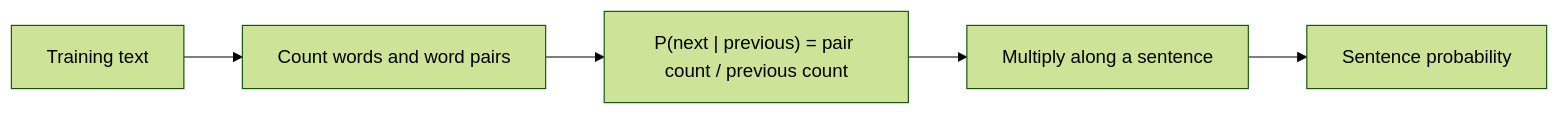
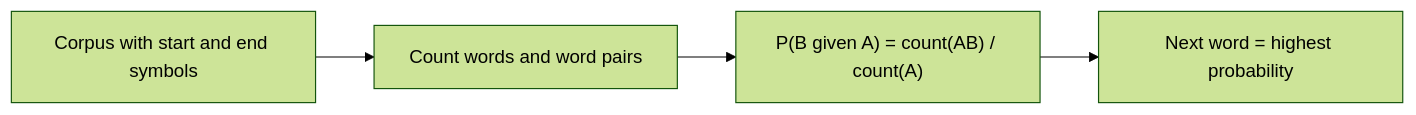
The diagram in content/natural-language-processing/pyq/2024-12/q2a.mdx (TrendySloth1001/sem-seven-notes), drawn with Mermaid (forest theme) before and after one commit. The commit also changed other lines of this file and 406 other files, not shown here.

````diff
--- a/content/natural-language-processing/pyq/2024-12/q2a.mdx
+++ b/content/natural-language-processing/pyq/2024-12/q2a.mdx
@@ -62,8 +17,7 @@
 ```mermaid
-%% caption: A bigram model looks only one word back, counts what followed it in training, and turns the counts into probabilities.
+%% caption: How an N-gram language model predicts: count word pairs in a corpus, turn counts into probabilities, pick the most probable next word.
 flowchart LR
-  A["Training text"] --> B["Count words and word pairs"]
-  B --> C["P(next | previous) = pair count / previous count"]
-  C --> D["Multiply along a sentence"]
-  D --> E["Sentence probability"]
+  A["Corpus with start and end symbols"] --> B["Count words and word pairs"]
+  B --> C["P(B given A) = count(AB) / count(A)"]
+  C --> D["Next word = highest probability"]
 ```
````
